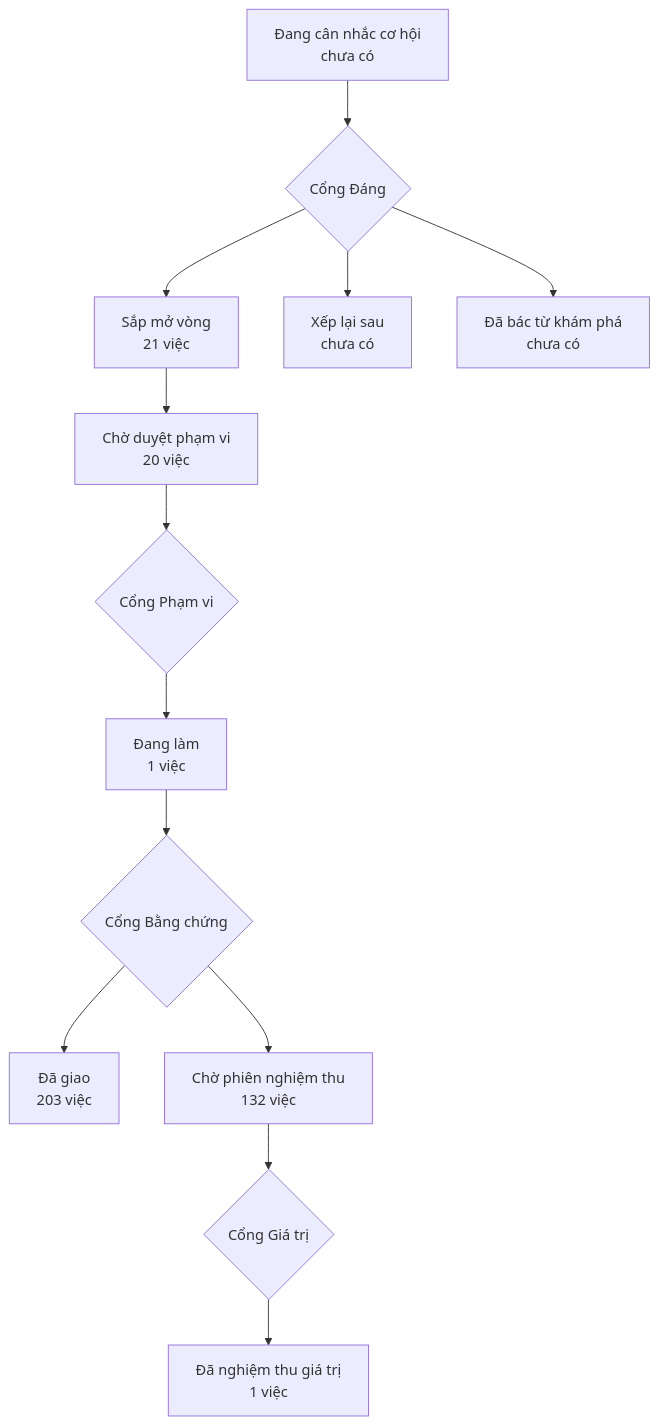
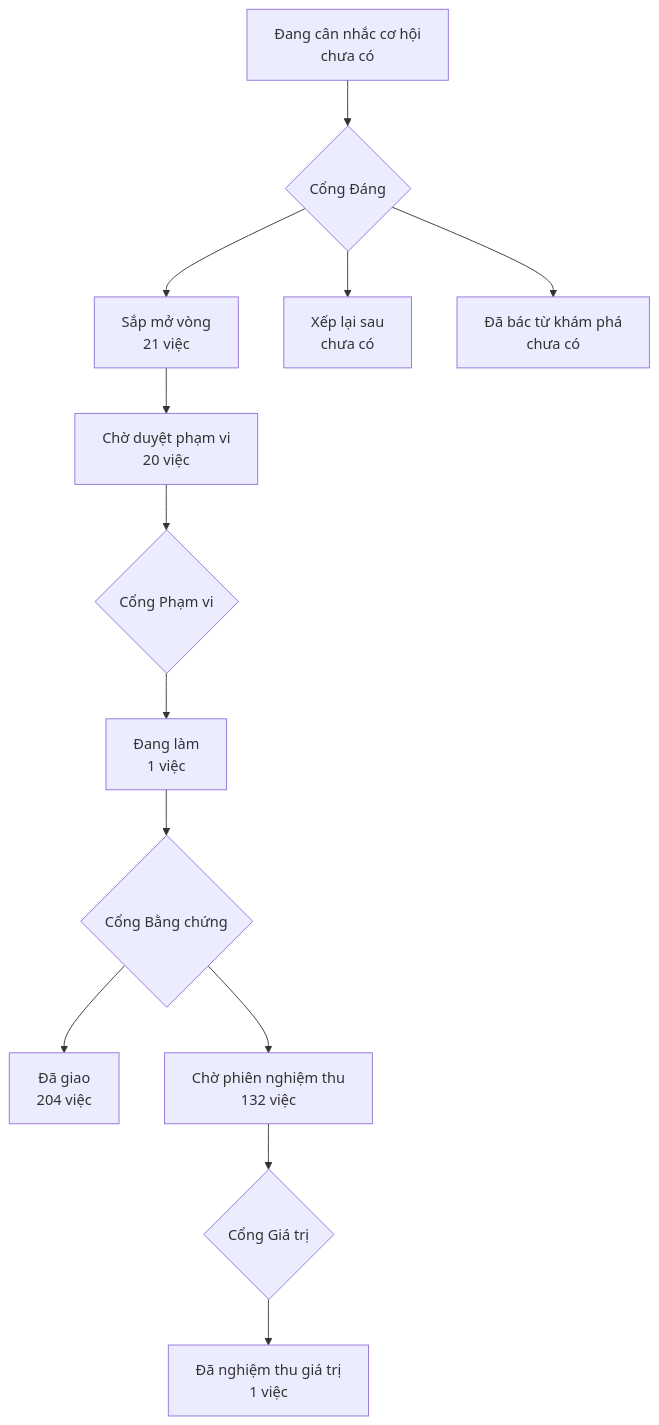
One commit to phanlemanh/onehub-invest changed the diagram in PRODUCT-MAP.md. Above: the diagram before and after it, drawn with Mermaid. The commit also changed other lines of this file and 1 other file, not shown here.

Commit message:
chore: vẽ lại bản đồ sản phẩm sau khi nhận main

````diff
--- a/PRODUCT-MAP.md
+++ b/PRODUCT-MAP.md
@@ -7,12 +7,12 @@
 ```mermaid
 flowchart TD
   A["Đang cân nhắc cơ hội<br/>chưa có"] --> GD{"Cổng Đáng"}
   GD --> B["Sắp mở vòng<br/>21 việc"]
   GD --> XL["Xếp lại sau<br/>chưa có"]
   GD --> DB["Đã bác từ khám phá<br/>chưa có"]
   B --> CD["Chờ duyệt phạm vi<br/>20 việc"] --> GP{"Cổng Phạm vi"}
   GP --> DL["Đang làm<br/>1 việc"] --> GB{"Cổng Bằng chứng"}
-  GB --> DG["Đã giao<br/>203 việc"]
+  GB --> DG["Đã giao<br/>204 việc"]
   GB --> CN["Chờ phiên nghiệm thu<br/>132 việc"] --> GG{"Cổng Giá trị"}
   GG --> NT["Đã nghiệm thu giá trị<br/>1 việc"]
 ```
````
